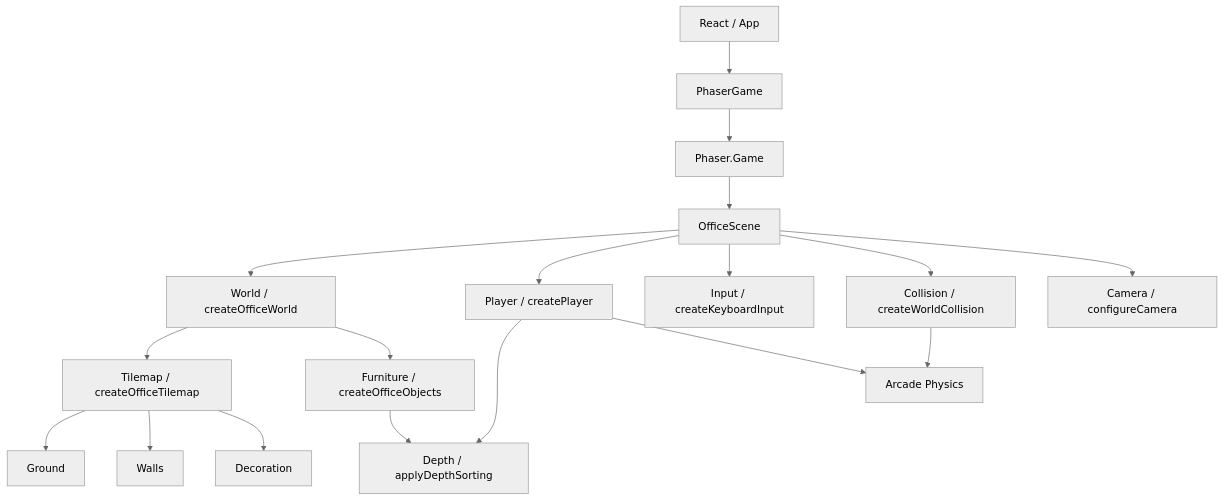
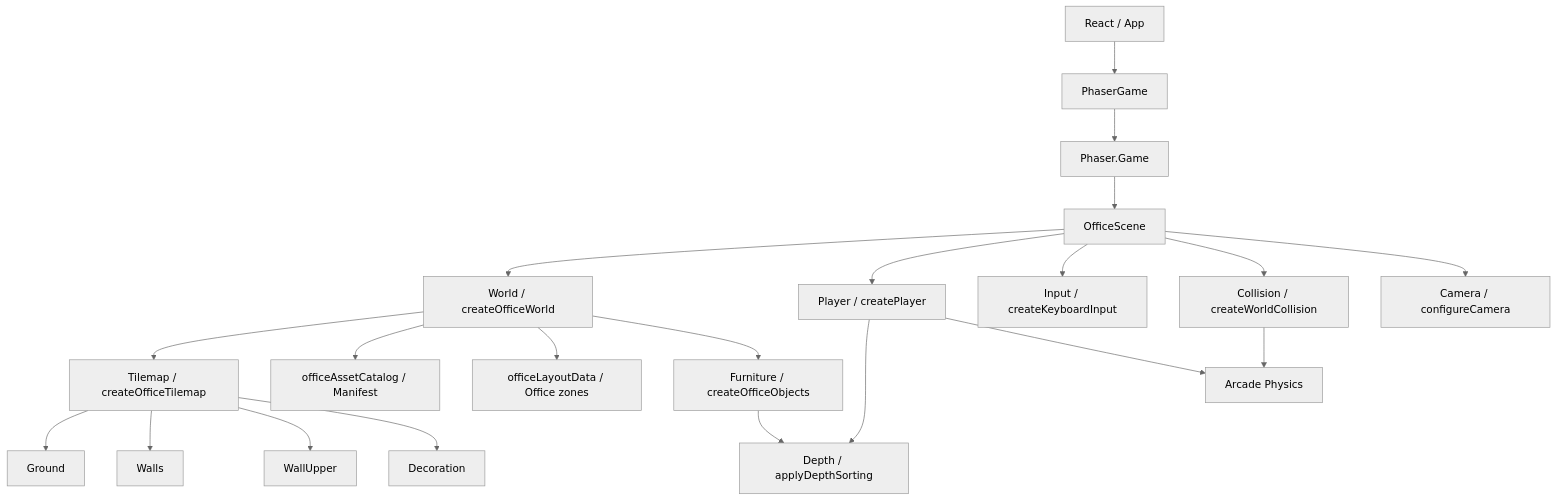
Before and after one commit to MARCOANTONIOCARDENASSANCHEZ/MiPortafolio: the diagram in docs/ARCHITECTURE.md, drawn with Mermaid (neutral theme). The commit also changed other lines of this file and 13 other files, not shown here.

````diff
--- a/docs/ARCHITECTURE.md
+++ b/docs/ARCHITECTURE.md
@@ -64,20 +67,23 @@
 ```mermaid
 flowchart TD
     React[React / App] --> PhaserGame[PhaserGame]
     PhaserGame --> Phaser[Phaser.Game]
     Phaser --> OfficeScene[OfficeScene]
     OfficeScene --> World[World / createOfficeWorld]
     World --> Tilemap[Tilemap / createOfficeTilemap]
     Tilemap --> Ground[Ground]
     Tilemap --> Walls[Walls]
+    Tilemap --> WallUpper[WallUpper]
     Tilemap --> Decoration[Decoration]
+    World --> Catalog[officeAssetCatalog / Manifest]
+    World --> Layout[officeLayoutData / Office zones]
     World --> Furniture[Furniture / createOfficeObjects]
     OfficeScene --> Player[Player / createPlayer]
     OfficeScene --> Input[Input / createKeyboardInput]
     OfficeScene --> Collision[Collision / createWorldCollision]
     OfficeScene --> Camera[Camera / configureCamera]
     Player --> Depth[Depth / applyDepthSorting]
     Furniture --> Depth
     Collision --> Physics[Arcade Physics]
     Player --> Physics
 ```
````
